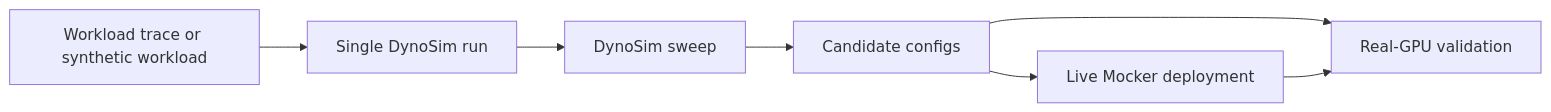
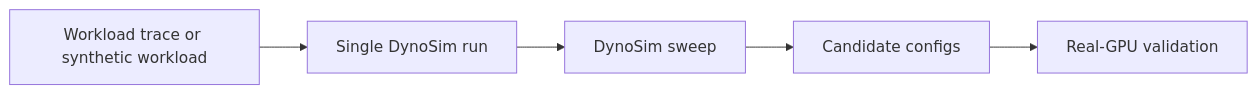
Before and after one commit to ai-dynamo/dynamo: the diagram in fern/pages-dev/cli/operations/simulation-with-dynosim/overview.md, drawn with Mermaid. The commit also changed other lines of this file and 25 other files, not shown here.

````diff
--- a/fern/pages-dev/cli/operations/simulation-with-dynosim/overview.md
+++ b/fern/pages-dev/cli/operations/simulation-with-dynosim/overview.md
@@ -45,9 +45,7 @@
 ```mermaid
 flowchart LR
     W["Workload trace or synthetic workload"] --> R["Single DynoSim run"]
     R --> S["DynoSim sweep"]
     S --> C["Candidate configs"]
-    C --> M["Live Mocker deployment"]
     C --> G["Real-GPU validation"]
-    M --> G
 ```
````
